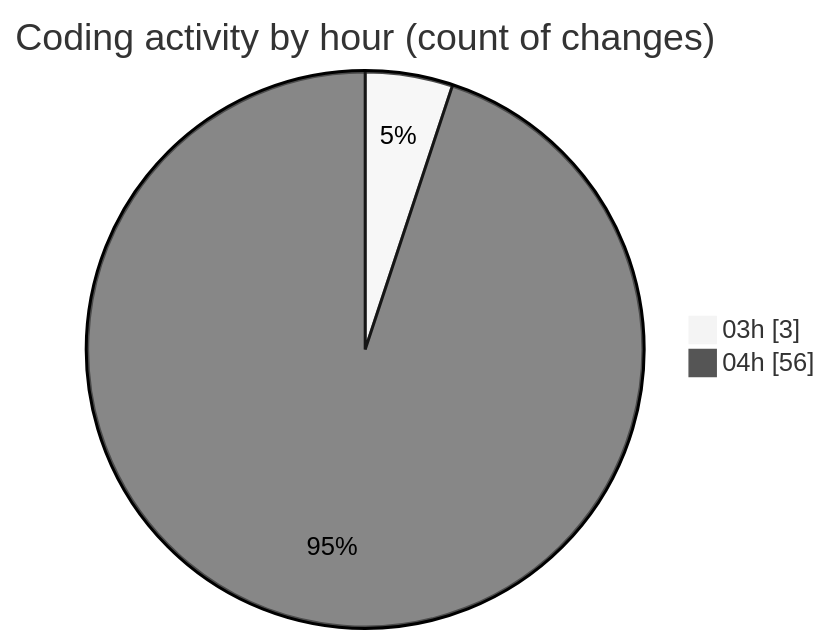
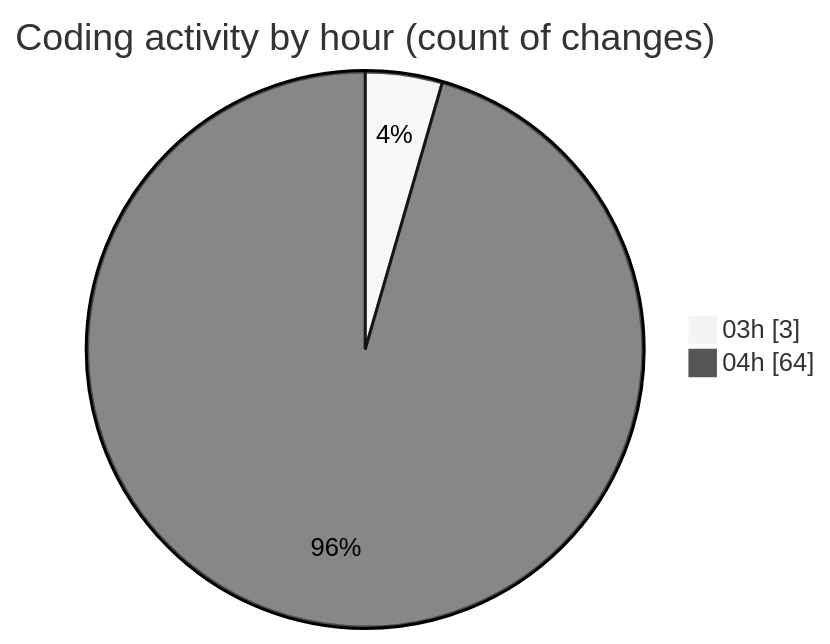
The second of 2 diagrams in 2025-01-03/tinycms/README.md (ernivani/code-tracking), drawn with Mermaid (neutral theme) before and after one commit. The commit also changed other lines of this file and 2 other files, not shown here.

````diff
--- a/2025-01-03/tinycms/README.md
+++ b/2025-01-03/tinycms/README.md
@@ -48,6 +48,6 @@
 ```mermaid
 pie showData
 title Coding activity by hour (count of changes)
 "03h" : 3
-"04h" : 56
+"04h" : 64
 ```
````
